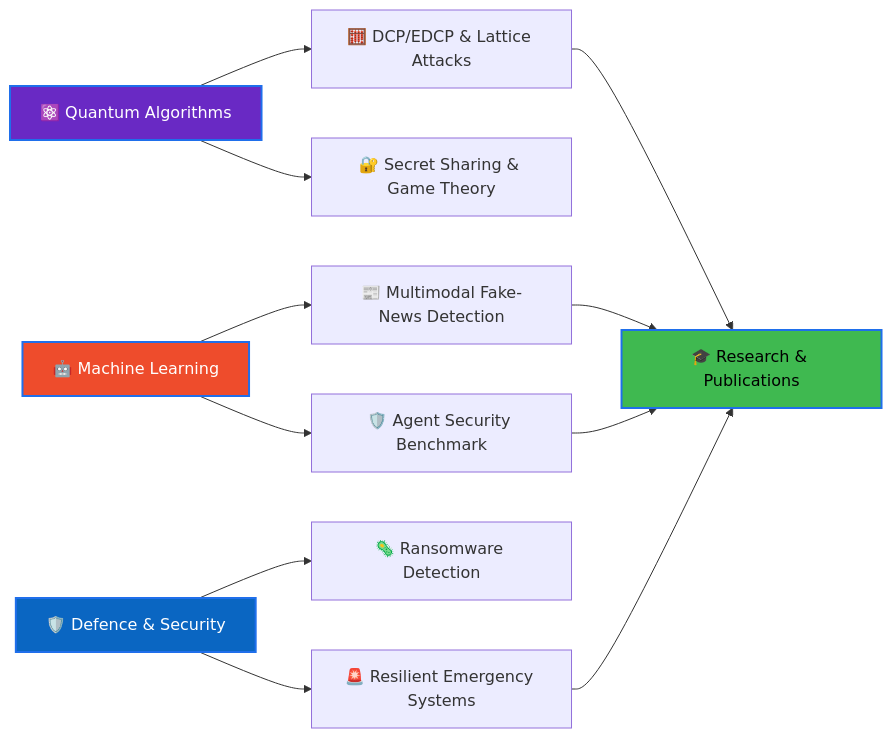
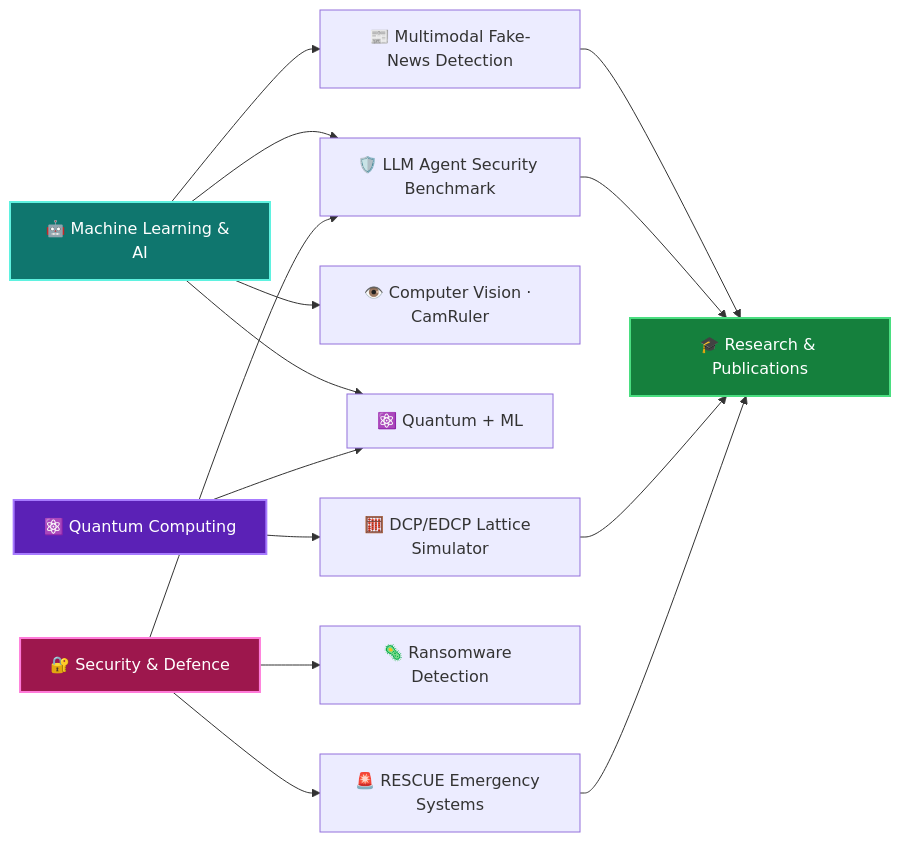
The diagram in README.md (vishalacharya09/vishalacharya09), drawn with Mermaid before and after one commit. The commit also changed other lines of this file, not shown here.

````diff
--- a/README.md
+++ b/README.md
@@ -282,18 +235,21 @@
 ```mermaid
 graph LR
-    A[⚛️ Quantum Algorithms] --> B[🧮 DCP/EDCP & Lattice Attacks]
-    A --> C[🔐 Secret Sharing & Game Theory]
-    D[🤖 Machine Learning] --> E[📰 Multimodal Fake-News Detection]
-    D --> F[🛡️ Agent Security Benchmark]
-    G[🛡️ Defence & Security] --> H[🦠 Ransomware Detection]
-    G --> I[🚨 Resilient Emergency Systems]
-    B --> J[🎓 Research & Publications]
-    E --> J
-    F --> J
-    I --> J
+    ML[🤖 Machine Learning & AI] --> MM[📰 Multimodal Fake-News Detection]
+    ML --> AG[🛡️ LLM Agent Security Benchmark]
+    ML --> CV[👁️ Computer Vision · CamRuler]
+    ML --> QML[⚛️ Quantum + ML]
+    Q[⚛️ Quantum Computing] --> QML
+    Q --> DCP[🧮 DCP/EDCP Lattice Simulator]
+    S[🔐 Security & Defence] --> AG
+    S --> RAN[🦠 Ransomware Detection]
+    S --> RES[🚨 RESCUE Emergency Systems]
+    MM --> R[🎓 Research & Publications]
+    AG --> R
+    DCP --> R
+    RES --> R
 
-    style A fill:#6929C4,stroke:#1f6feb,stroke-width:2px,color:#fff
-    style D fill:#EE4C2C,stroke:#1f6feb,stroke-width:2px,color:#fff
-    style G fill:#0A66C2,stroke:#1f6feb,stroke-width:2px,color:#fff
-    style J fill:#3fb950,stroke:#1f6feb,stroke-width:2px,color:#000
+    style ML fill:#0f766e,stroke:#5FF2E0,stroke-width:2px,color:#fff
+    style Q fill:#5b21b6,stroke:#A77BFF,stroke-width:2px,color:#fff
+    style S fill:#9d174d,stroke:#FF7AD9,stroke-width:2px,color:#fff
+    style R fill:#15803d,stroke:#4ade80,stroke-width:2px,color:#fff
 ```
````
